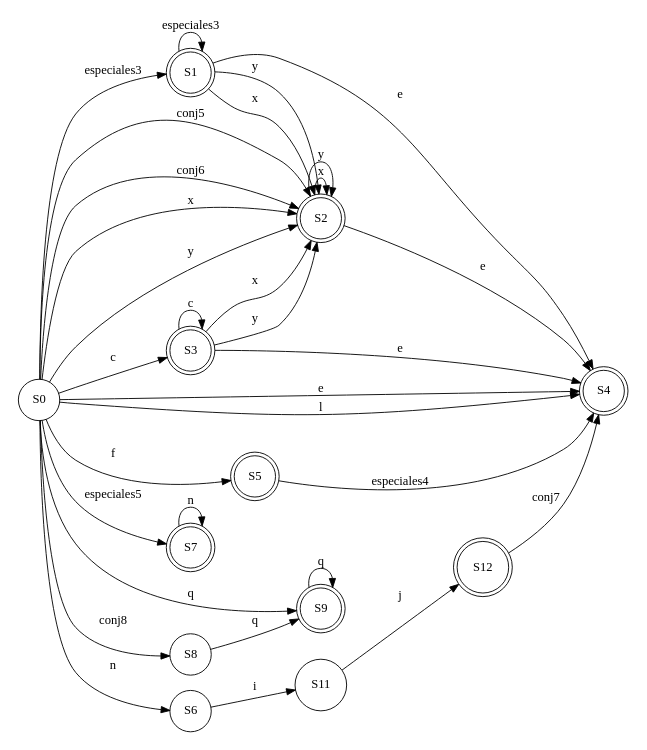
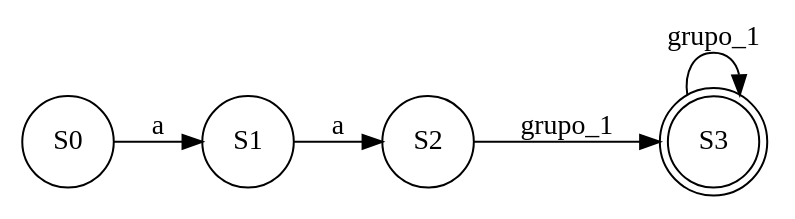
One commit to diegomazariegos2002/OLC1-P1-202003975 changed the diagram in OLC1-P1-202003975/expre2_AFD.dot. Above: the diagram before and after it, drawn with Graphviz. The commit also changed 24 other files, not shown here.

```diff
--- a/OLC1-P1-202003975/expre2_AFD.dot
+++ b/OLC1-P1-202003975/expre2_AFD.dot
@@ -1,40 +1,13 @@
 digraph finite_state_machine {
 rankdir = LR;
 size = "8,5"
 node [shape = circle];
 S0
 node [shape = doublecircle];
-S1 S2 S3 S4 S5 S7 S9 S12 ;
+S3 ;
 node [shape = circle];
-S0 -> S1[ label = "especiales3" ];
-S0 -> S2[ label = "conj5" ];
-S0 -> S3[ label = "c" ];
-S0 -> S2[ label = "conj6" ];
-S0 -> S2[ label = "x" ];
-S0 -> S2[ label = "y" ];
-S0 -> S4[ label = "e" ];
-S0 -> S5[ label = "f" ];
-S0 -> S6[ label = "n" ];
-S0 -> S4[ label = "l" ];
-S0 -> S7[ label = "especiales5" ];
-S0 -> S8[ label = "conj8" ];
-S0 -> S9[ label = "q" ];
-S1 -> S1[ label = "especiales3" ];
-S1 -> S2[ label = "x" ];
-S1 -> S2[ label = "y" ];
-S1 -> S4[ label = "e" ];
-S2 -> S2[ label = "x" ];
-S2 -> S2[ label = "y" ];
-S2 -> S4[ label = "e" ];
-S3 -> S3[ label = "c" ];
-S3 -> S2[ label = "x" ];
-S3 -> S2[ label = "y" ];
-S3 -> S4[ label = "e" ];
-S5 -> S4[ label = "especiales4" ];
-S6 -> S11[ label = "i" ];
-S7 -> S7[ label = "n" ];
-S8 -> S9[ label = "q" ];
-S9 -> S9[ label = "q" ];
-S11 -> S12[ label = "j" ];
-S12 -> S4[ label = "conj7" ];
+S0 -> S1[ label = "a" ];
+S1 -> S2[ label = "a" ];
+S2 -> S3[ label = "grupo_1" ];
+S3 -> S3[ label = "grupo_1" ];
 }
```
